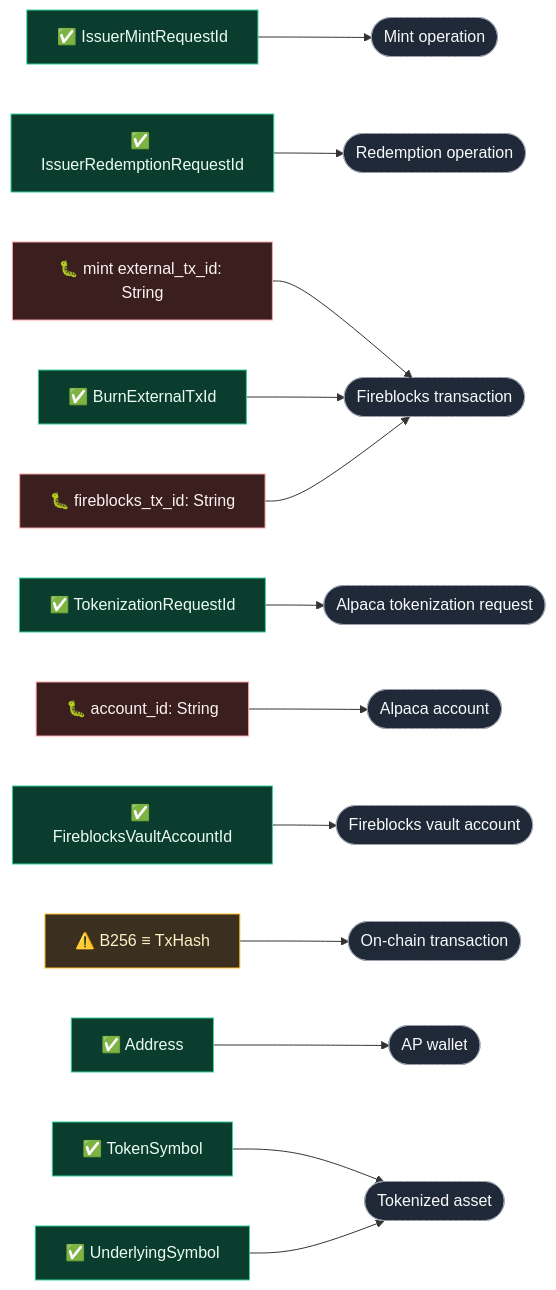
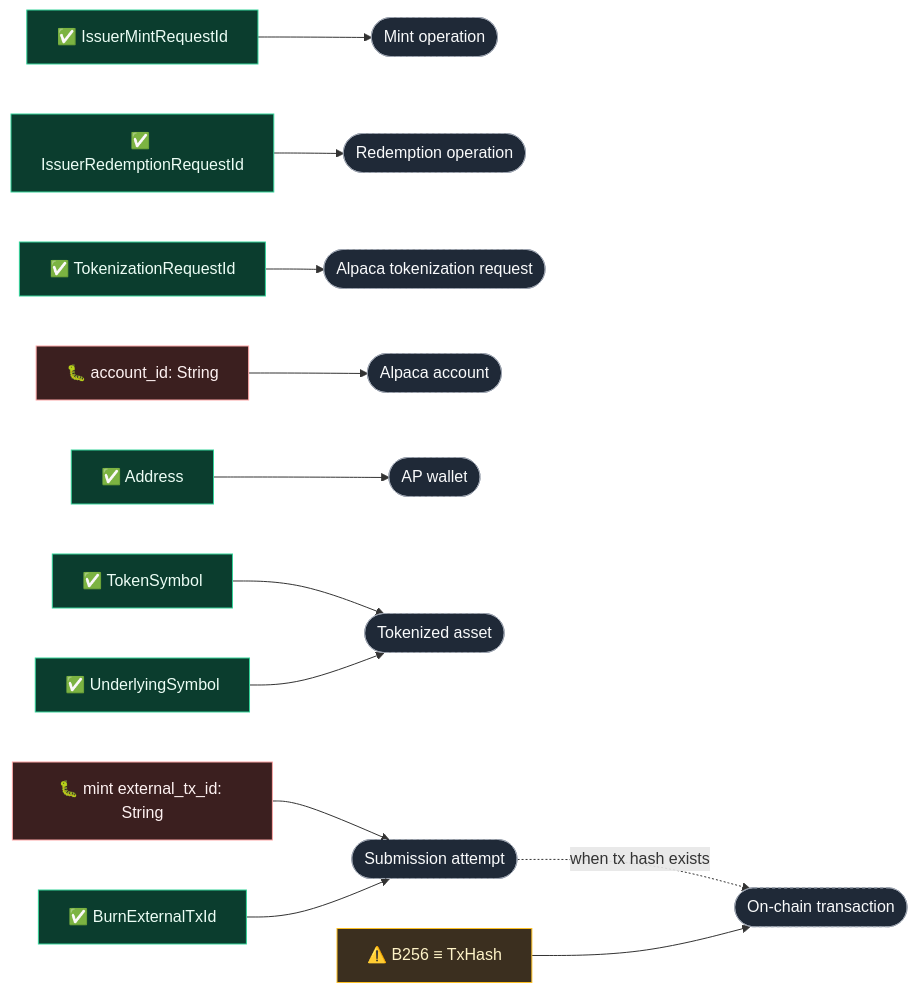
The first of 2 diagrams in docs/ids.md (ST0x-Technology/st0x.issuance), drawn with Mermaid before and after one commit. The commit also changed other lines of this file and 4 other files, not shown here.

````diff
--- a/docs/ids.md
+++ b/docs/ids.md
@@ -46,33 +44,32 @@
 ```mermaid
 graph LR
   classDef entity fill:#1f2937,stroke:#9ca3af,stroke-dasharray:3 3,color:#f9fafb;
   classDef ok fill:#0b3d2e,stroke:#34d399,color:#ecfdf5;
   classDef bug fill:#3b1f1f,stroke:#fca5a5,color:#fef2f2;
   classDef alias fill:#3b2f1f,stroke:#fbbf24,color:#fef3c7;
 
   Mint([Mint operation]):::entity
   Red([Redemption operation]):::entity
-  FbTx([Fireblocks transaction]):::entity
   AlpReq([Alpaca tokenization request]):::entity
   AlpAcc([Alpaca account]):::entity
-  FbVault([Fireblocks vault account]):::entity
   OnchainTx([On-chain transaction]):::entity
   Wallet([AP wallet]):::entity
   Asset([Tokenized asset]):::entity
 
   IMR["✅ IssuerMintRequestId"]:::ok --> Mint
   IRR["✅ IssuerRedemptionRequestId"]:::ok --> Red
 
-  ETIMintBug["🐛 mint external_tx_id: String"]:::bug --> FbTx
-  ETIBurn["✅ BurnExternalTxId"]:::ok --> FbTx
-  FTIBug["🐛 fireblocks_tx_id: String"]:::bug --> FbTx
+  SubAttempt([Submission attempt]):::entity
+
+  ETIMintBug["🐛 mint external_tx_id: String"]:::bug --> SubAttempt
+  ETIBurn["✅ BurnExternalTxId"]:::ok --> SubAttempt
+  SubAttempt -. "when tx hash exists" .-> OnchainTx
 
   TRR["✅ TokenizationRequestId"]:::ok --> AlpReq
   AAIBug["🐛 account_id: String"]:::bug --> AlpAcc
-  FVA["✅ FireblocksVaultAccountId"]:::ok --> FbVault
 
   TxH["⚠️ B256 ≡ TxHash"]:::alias --> OnchainTx
   Addr["✅ Address"]:::ok --> Wallet
   TS["✅ TokenSymbol"]:::ok --> Asset
   US["✅ UnderlyingSymbol"]:::ok --> Asset
 ```
````
